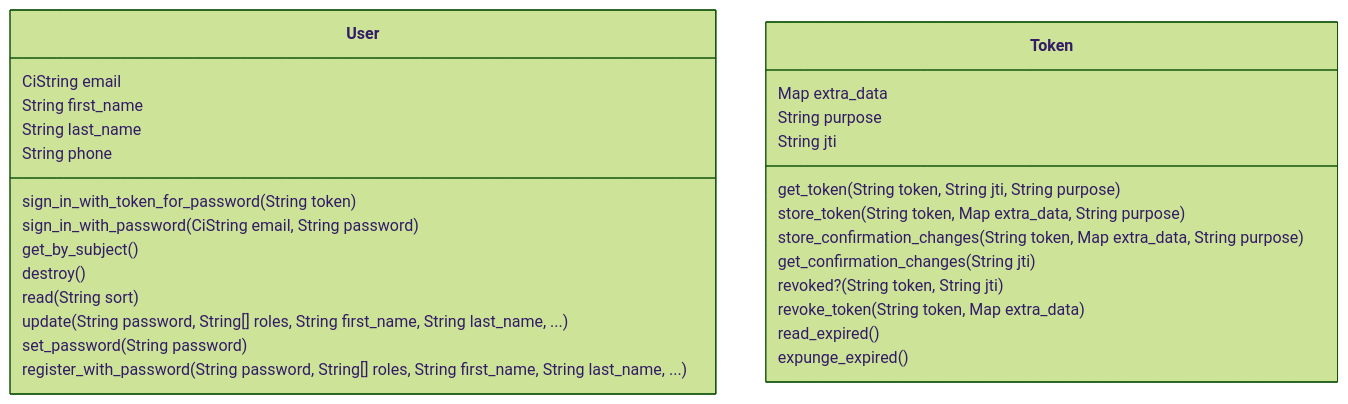
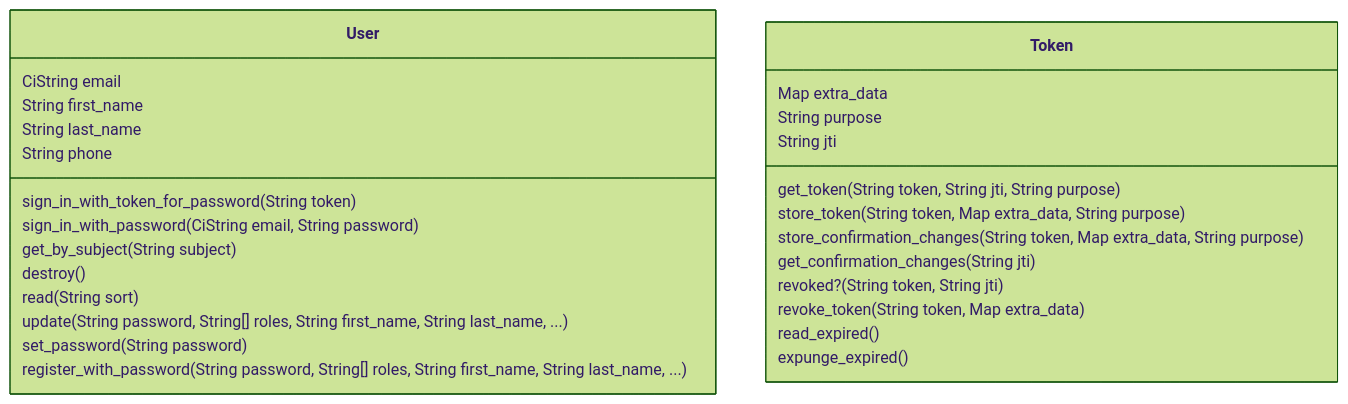
Before and after one commit to zebbra/data_aggregator: the diagram in lib/data_aggregator/accounts/accounts-mermaid-class-diagram.md, drawn with Mermaid (forest theme). The commit also changed 2 other files, not shown here.

````diff
--- a/lib/data_aggregator/accounts/accounts-mermaid-class-diagram.md
+++ b/lib/data_aggregator/accounts/accounts-mermaid-class-diagram.md
@@ -1,33 +1,33 @@
 ```mermaid
 classDiagram
     class User {
         CiString email
         String first_name
         String last_name
         String phone
         sign_in_with_token_for_password(String token)
         sign_in_with_password(CiString email, String password)
-        get_by_subject()
+        get_by_subject(String subject)
         destroy()
         read(String sort)
         update(String password, String[] roles, String first_name, String last_name, ...)
         set_password(String password)
         register_with_password(String password, String[] roles, String first_name, String last_name, ...)
     }
     class Token {
         Map extra_data
         String purpose
         String jti
         get_token(String token, String jti, String purpose)
         store_token(String token, Map extra_data, String purpose)
         store_confirmation_changes(String token, Map extra_data, String purpose)
         get_confirmation_changes(String jti)
         revoked?(String token, String jti)
         revoke_token(String token, Map extra_data)
         read_expired()
         expunge_expired()
     }
 
 
 
 ```
````
